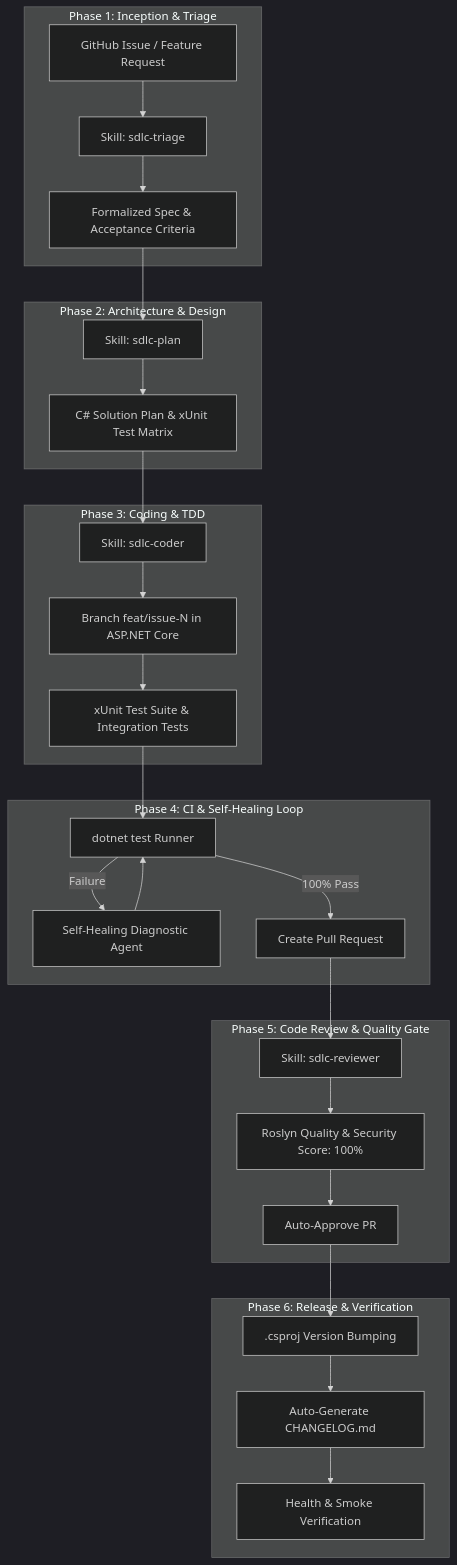
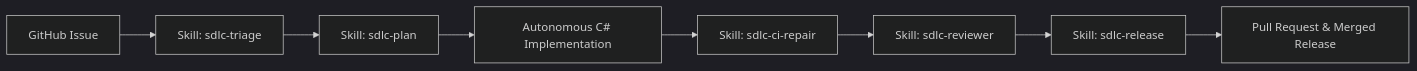
One commit to akazad13/sdlc-workflow-automate changed the diagram in README.md. Above: the diagram before and after it, drawn with Mermaid (dark theme). The commit also changed other lines of this file and 20 other files, not shown here.

Commit message:
refactor: replace C# orchestrator with pure Antigravity skill-driven runner

````diff
--- a/README.md
+++ b/README.md
@@ -9,37 +9,10 @@
 ```mermaid
-flowchart TD
-    subgraph Intake ["Phase 1: Inception & Triage"]
-        I1[GitHub Issue / Feature Request] --> T1[Skill: sdlc-triage]
-        T1 --> T2[Formalized Spec & Acceptance Criteria]
-    end
-
-    subgraph Planning ["Phase 2: Architecture & Design"]
-        T2 --> P1[Skill: sdlc-plan]
-        P1 --> P2[C# Solution Plan & xUnit Test Matrix]
-    end
-
-    subgraph Execution ["Phase 3: Coding & TDD"]
-        P2 --> C1[Skill: sdlc-coder]
-        C1 --> C2[Branch feat/issue-N in ASP.NET Core]
-        C2 --> C3[xUnit Test Suite & Integration Tests]
-    end
-
-    subgraph CI ["Phase 4: CI & Self-Healing Loop"]
-        C3 --> CI1[dotnet test Runner]
-        CI1 -- Failure --> H1[Self-Healing Diagnostic Agent]
-        H1 --> CI1
-        CI1 -- 100% Pass --> PR1[Create Pull Request]
-    end
-
-    subgraph Quality ["Phase 5: Code Review & Quality Gate"]
-        PR1 --> R1[Skill: sdlc-reviewer]
-        R1 --> R2[Roslyn Quality & Security Score: 100%]
-        R2 --> M1[Auto-Approve PR]
-    end
-
-    subgraph Release ["Phase 6: Release & Verification"]
-        M1 --> REL1[.csproj Version Bumping]
-        REL1 --> REL2[Auto-Generate CHANGELOG.md]
-        REL2 --> REL3[Health & Smoke Verification]
-    end
+flowchart LR
+    A[GitHub Issue] --> B[Skill: sdlc-triage]
+    B --> C[Skill: sdlc-plan]
+    C --> D[Autonomous C# Implementation]
+    D --> E[Skill: sdlc-ci-repair]
+    E --> F[Skill: sdlc-reviewer]
+    F --> G[Skill: sdlc-release]
+    G --> H[Pull Request & Merged Release]
 ```
````
